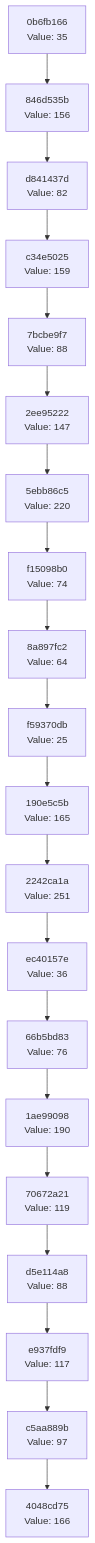
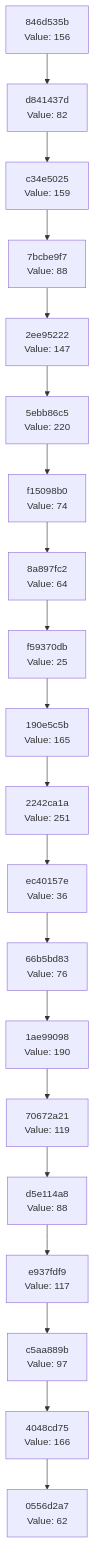
The diagram in docs/CHAIN_VISUALIZATION.md (Abhisheksinha1506/hash-chain-evolver), drawn with Mermaid before and after one commit. The commit also changed 2 other files, not shown here.

Commit message:
Evolution Step

````diff
--- a/docs/CHAIN_VISUALIZATION.md
+++ b/docs/CHAIN_VISUALIZATION.md
@@ -3,42 +3,42 @@
 ```mermaid
 graph TD
-    C0["4048cd75<br/>Value: 166"]
-    C1["c5aa889b<br/>Value: 97"]
+    C0["0556d2a7<br/>Value: 62"]
+    C1["4048cd75<br/>Value: 166"]
     C1 --> C0
-    C2["e937fdf9<br/>Value: 117"]
+    C2["c5aa889b<br/>Value: 97"]
     C2 --> C1
-    C3["d5e114a8<br/>Value: 88"]
+    C3["e937fdf9<br/>Value: 117"]
     C3 --> C2
-    C4["70672a21<br/>Value: 119"]
+    C4["d5e114a8<br/>Value: 88"]
     C4 --> C3
-    C5["1ae99098<br/>Value: 190"]
+    C5["70672a21<br/>Value: 119"]
     C5 --> C4
-    C6["66b5bd83<br/>Value: 76"]
+    C6["1ae99098<br/>Value: 190"]
     C6 --> C5
-    C7["ec40157e<br/>Value: 36"]
+    C7["66b5bd83<br/>Value: 76"]
     C7 --> C6
-    C8["2242ca1a<br/>Value: 251"]
+    C8["ec40157e<br/>Value: 36"]
     C8 --> C7
-    C9["190e5c5b<br/>Value: 165"]
+    C9["2242ca1a<br/>Value: 251"]
     C9 --> C8
-    C10["f59370db<br/>Value: 25"]
+    C10["190e5c5b<br/>Value: 165"]
     C10 --> C9
-    C11["8a897fc2<br/>Value: 64"]
+    C11["f59370db<br/>Value: 25"]
     C11 --> C10
-    C12["f15098b0<br/>Value: 74"]
+    C12["8a897fc2<br/>Value: 64"]
     C12 --> C11
-    C13["5ebb86c5<br/>Value: 220"]
+    C13["f15098b0<br/>Value: 74"]
     C13 --> C12
-    C14["2ee95222<br/>Value: 147"]
+    C14["5ebb86c5<br/>Value: 220"]
     C14 --> C13
-    C15["7bcbe9f7<br/>Value: 88"]
+    C15["2ee95222<br/>Value: 147"]
     C15 --> C14
-    C16["c34e5025<br/>Value: 159"]
+    C16["7bcbe9f7<br/>Value: 88"]
     C16 --> C15
-    C17["d841437d<br/>Value: 82"]
+    C17["c34e5025<br/>Value: 159"]
     C17 --> C16
-    C18["846d535b<br/>Value: 156"]
+    C18["d841437d<br/>Value: 82"]
     C18 --> C17
-    C19["0b6fb166<br/>Value: 35"]
+    C19["846d535b<br/>Value: 156"]
     C19 --> C18
 ```
````
